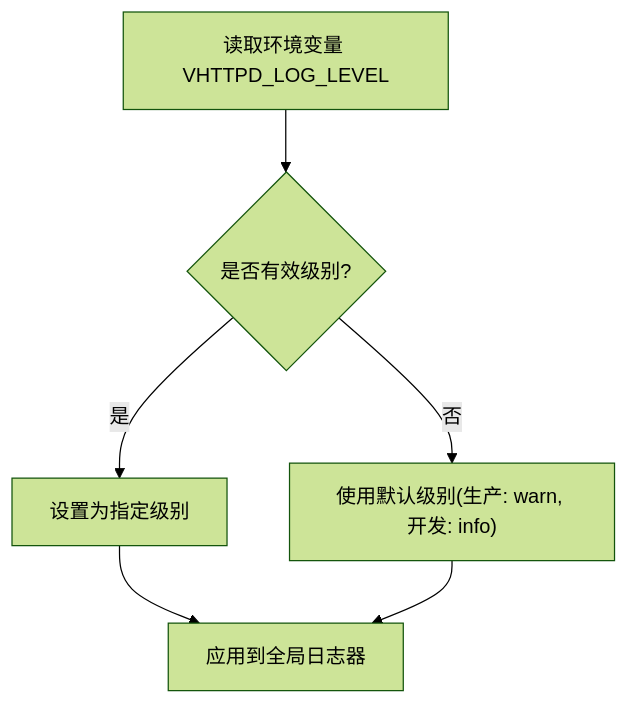
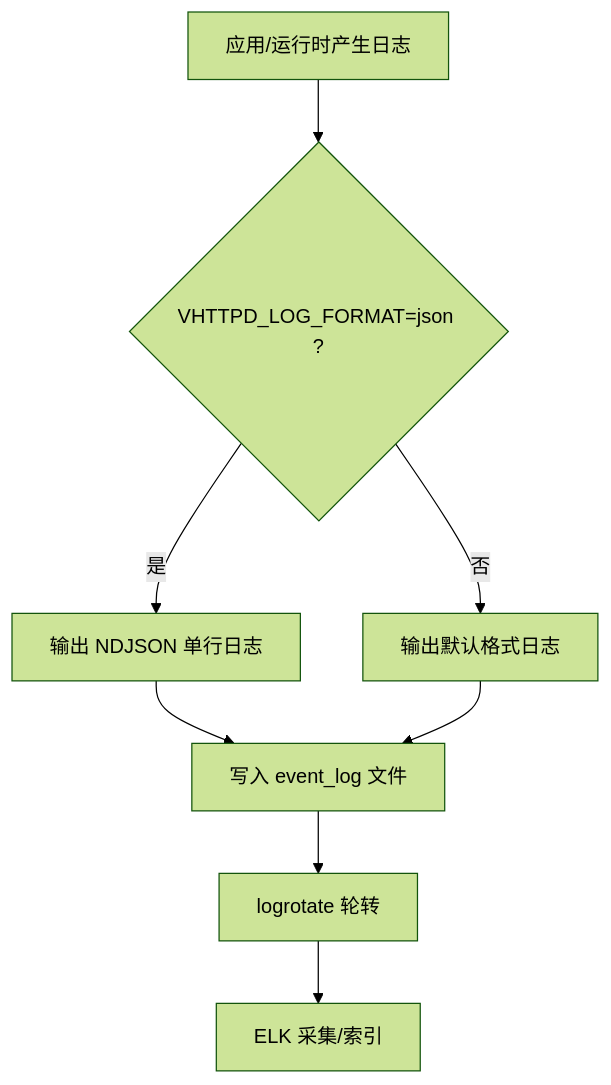
The seventh of 8 diagrams in .qoder/repowiki/zh/content/部署运维/监控告警.md (guweigang/vhttpd), drawn with Mermaid (forest theme) before and after one commit. The commit also changed other lines of this file and 697 other files, not shown here.

````diff
--- a/.qoder/repowiki/zh/content/部署运维/监控告警.md
+++ b/.qoder/repowiki/zh/content/部署运维/监控告警.md
@@ -183,8 +265,10 @@
 ```mermaid
 flowchart TD
-A["读取环境变量 VHTTPD_LOG_LEVEL"] --> B{"是否有效级别?"}
-B --> |是| C["设置为指定级别"]
-B --> |否| D["使用默认级别(生产: warn, 开发: info)"]
-C --> E["应用到全局日志器"]
+A["应用/运行时产生日志"] --> B{"VHTTPD_LOG_FORMAT=json ?"}
+B --> |是| C["输出 NDJSON 单行日志"]
+B --> |否| D["输出默认格式日志"]
+C --> E["写入 event_log 文件"]
 D --> E
+E --> F["logrotate 轮转"]
+F --> G["ELK 采集/索引"]
 ```
````
